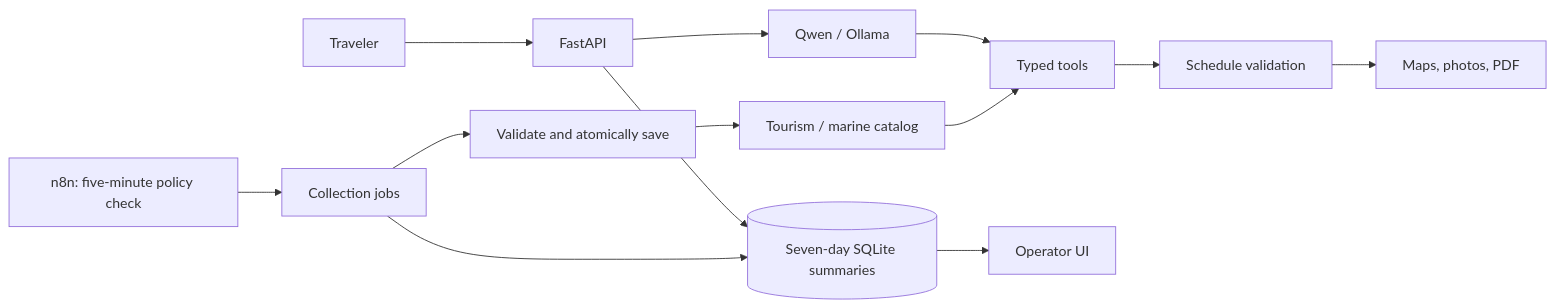
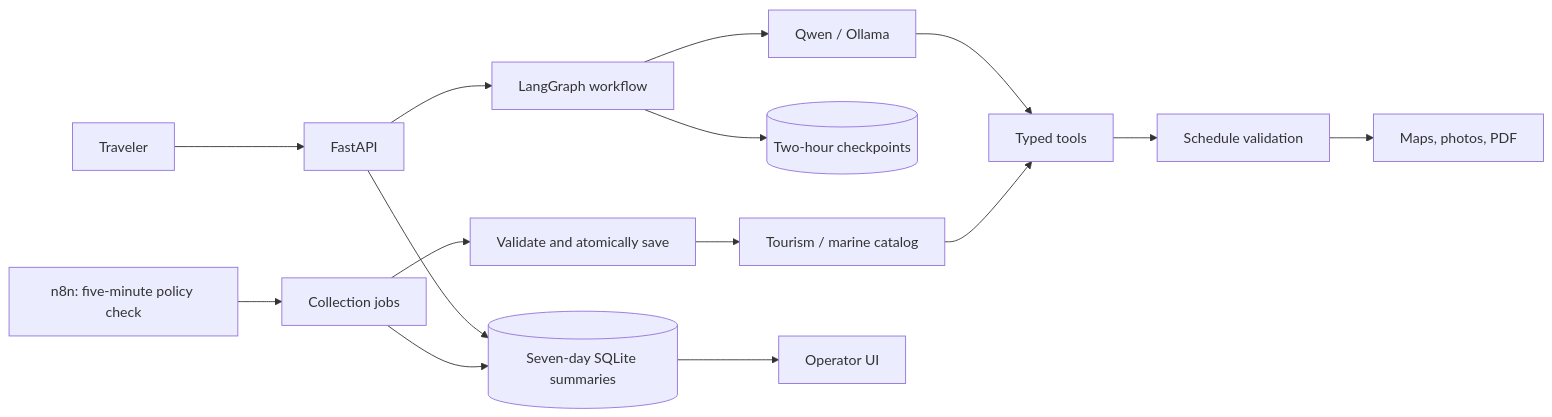
The first of 2 diagrams in README.md (fortranmentis/marine-travel-AI-agent), drawn with Mermaid before and after one commit. The commit also changed other lines of this file and 45 other files, not shown here.

````diff
--- a/README.md
+++ b/README.md
@@ -72,15 +80,17 @@
 ```mermaid
 flowchart LR
     User[Traveler] --> API[FastAPI]
-    API --> Model[Qwen / Ollama]
+    API --> Graph[LangGraph workflow]
+    Graph --> Model[Qwen / Ollama]
+    Graph --> Checkpoints[(Two-hour checkpoints)]
     Model --> Tools[Typed tools]
     Tools --> Plan[Schedule validation]
     Plan --> Result[Maps, photos, PDF]
     Scheduler[n8n: five-minute policy check] --> Jobs[Collection jobs]
     Jobs --> Check[Validate and atomically save]
     Check --> Catalog[Tourism / marine catalog]
     Catalog --> Tools
     API --> Ledger[(Seven-day SQLite summaries)]
     Jobs --> Ledger
     Ledger --> Ops[Operator UI]
 ```
````
